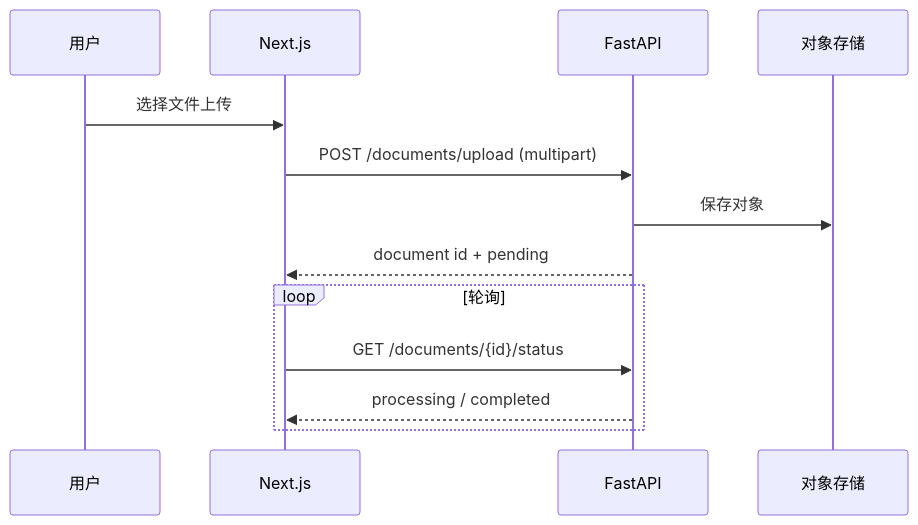
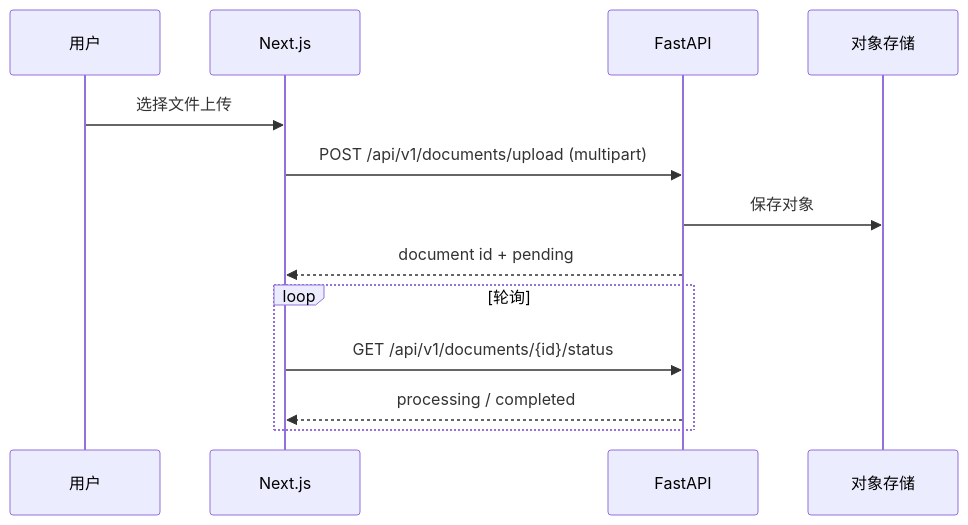
Before and after one commit to skygazer42/MimirQ: the diagram in docs-site/docs/integration/documents/e2e.md, drawn with Mermaid. The commit also changed other lines of this file and 69 other files, not shown here.

````diff
--- a/docs-site/docs/integration/documents/e2e.md
+++ b/docs-site/docs/integration/documents/e2e.md
@@ -8,15 +10,15 @@
 ```mermaid
 sequenceDiagram
   participant U as 用户
   participant FE as Next.js
   participant API as FastAPI
   participant Store as 对象存储
   U->>FE: 选择文件上传
-  FE->>API: POST /documents/upload (multipart)
+  FE->>API: POST /api/v1/documents/upload (multipart)
   API->>Store: 保存对象
   API-->>FE: document id + pending
   loop 轮询
-    FE->>API: GET /documents/{id}/status
+    FE->>API: GET /api/v1/documents/{id}/status
     API-->>FE: processing / completed
   end
 ```
````
